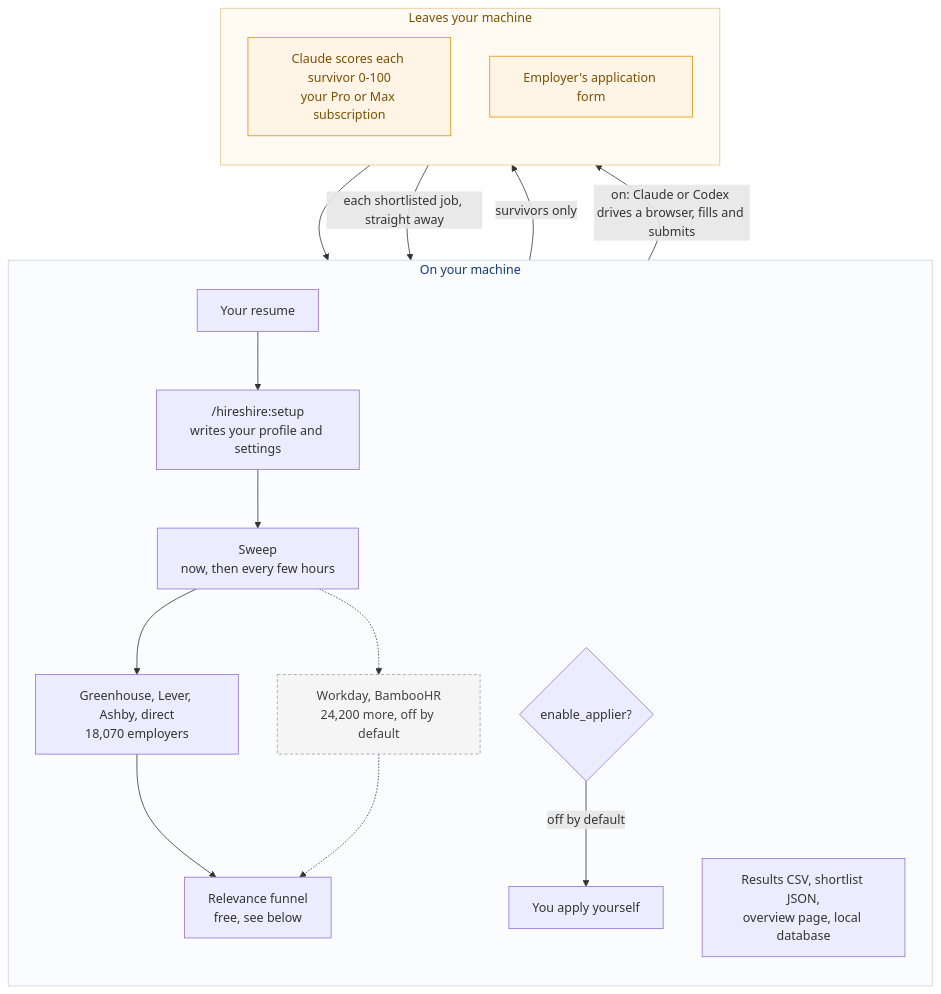
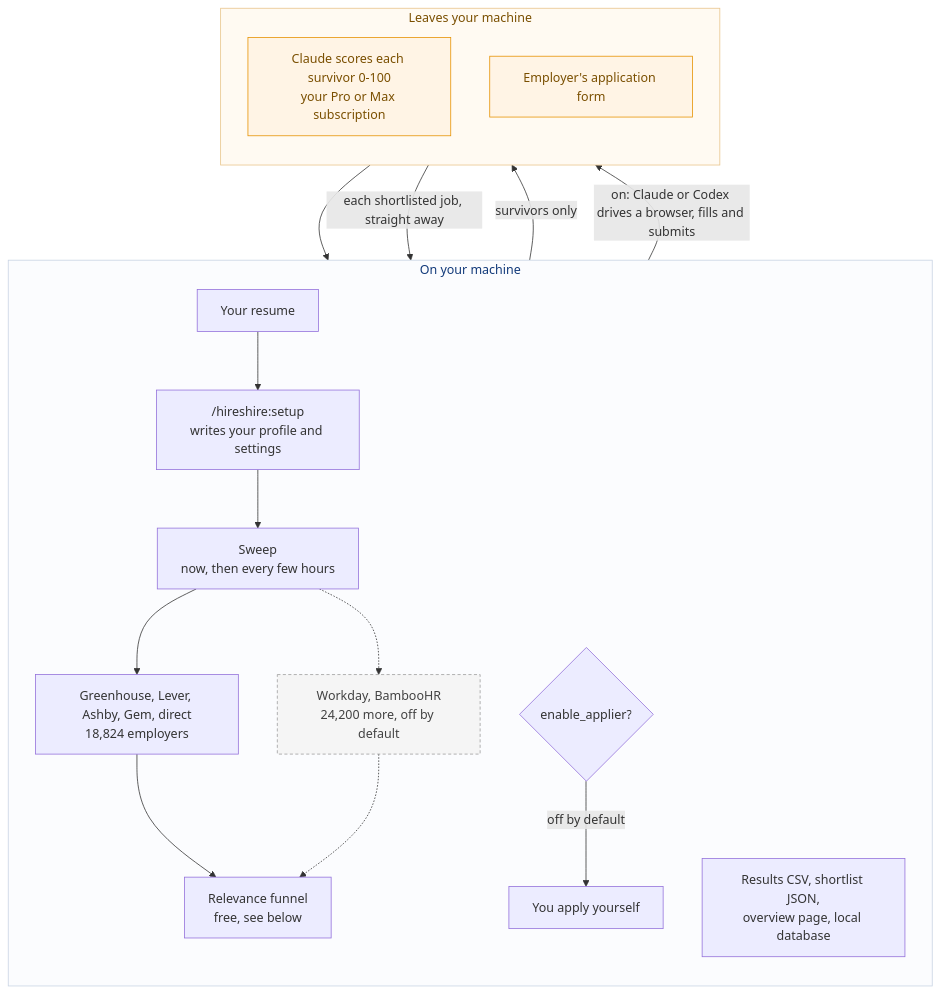
Before and after one commit to slowloris-98/HireShire-plugin: the first of 2 diagrams in docs/TECH_ARCH.md, drawn with Mermaid. The commit also changed 13 other files, not shown here.

````diff
--- a/docs/TECH_ARCH.md
+++ b/docs/TECH_ARCH.md
@@ -17,38 +17,38 @@
 ```mermaid
 flowchart TD
     subgraph local["On your machine"]
         direction TB
         R["Your resume"]
         SET["/hireshire:setup<br/>writes your profile and settings"]
         SWEEP["Sweep<br/>now, then every few hours"]
-        B1["Greenhouse, Lever, Ashby, direct<br/>18,070 employers"]
+        B1["Greenhouse, Lever, Ashby, Gem, direct<br/>18,824 employers"]
         B2["Workday, BambooHR<br/>24,200 more, off by default"]
         FUN["Relevance funnel<br/>free, see below"]
         OUT["Results CSV, shortlist JSON,<br/>overview page, local database"]
         APP{"enable_applier?"}
         YOU["You apply yourself"]
 
         R --> SET --> SWEEP
         SWEEP --> B1 --> FUN
         SWEEP -.-> B2 -.-> FUN
         APP -->|"off by default"| YOU
     end
 
     subgraph away["Leaves your machine"]
         direction TB
         CLAUDE["Claude scores each survivor 0-100<br/>your Pro or Max subscription"]
         EMP["Employer's application form"]
     end
 
     FUN -->|"survivors only"| CLAUDE
     CLAUDE --> OUT
     CLAUDE -->|"each shortlisted job, straight away"| APP
     APP -->|"on: Claude or Codex drives a browser, fills and submits"| EMP
 
     classDef off fill:#f5f5f5,stroke:#9e9e9e,color:#424242,stroke-dasharray:4 3
     classDef away fill:#fff4e5,stroke:#e69100,color:#7a4f00
     class B2 off
     class CLAUDE,EMP away
     style local fill:#fbfcfe,stroke:#c8d3e3,color:#123a7a
     style away fill:#fffaf2,stroke:#e8c48a,color:#7a4f00
 ```
````
